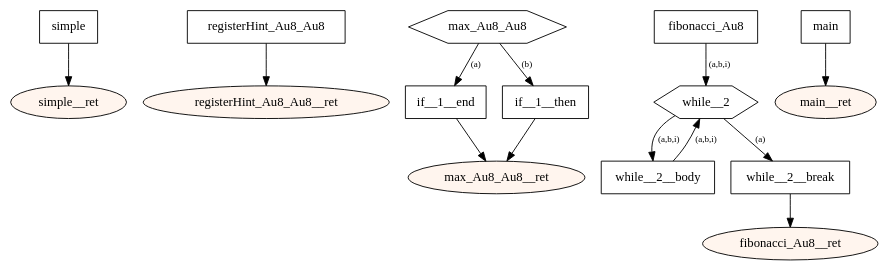
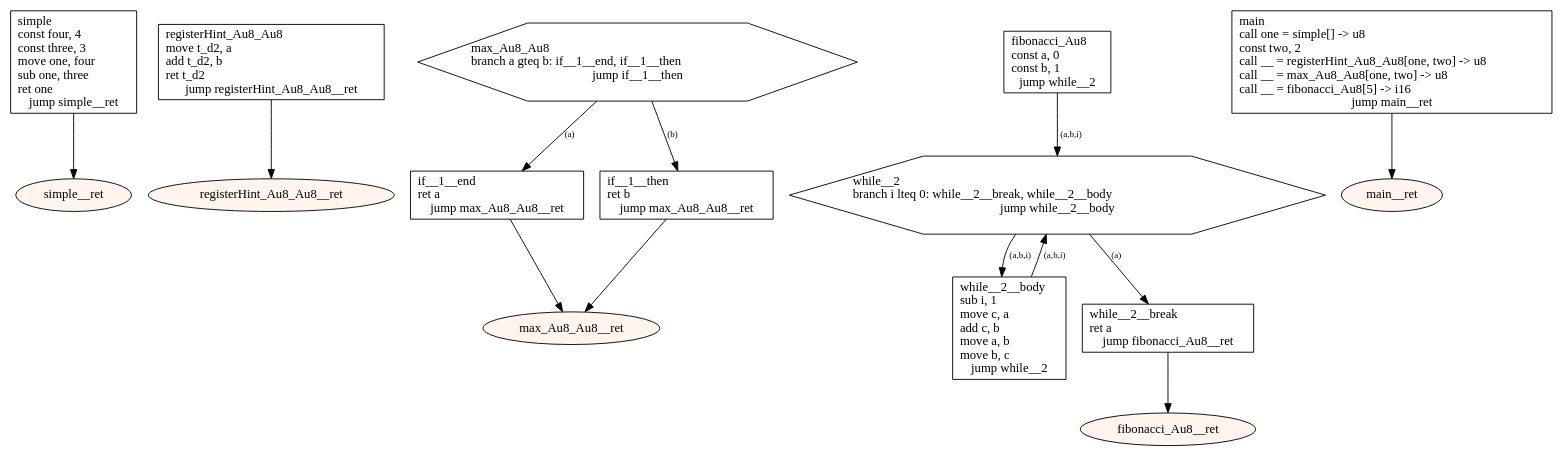
Before and after one commit to tmssngr/tinyC: the diagram in src/main/resources-test/compiler/windows/regalloc.dot, drawn with Graphviz. The commit also changed 23 other files, not shown here.

```diff
--- a/src/main/resources-test/compiler/windows/regalloc.dot
+++ b/src/main/resources-test/compiler/windows/regalloc.dot
@@ -1,40 +1,40 @@
 digraph program {
 	edge[fontsize="10pt"];
 	subgraph fn_simple {
-		BasicBlock_0_simple [label="simple",shape=box];
+		BasicBlock_0_simple [label="simple\lconst four, 4\lconst three, 3\lmove one, four\lsub one, three\lret one\ljump simple__ret",shape=box];
 		BasicBlock_0_simple -> BasicBlock_0_simple__ret;
 		BasicBlock_0_simple__ret [label="simple__ret",shape=oval,style=filled,fillcolor="#fff5ee"];
 	}
 	subgraph fn_registerHint_Au8_Au8 {
-		BasicBlock_1_registerHint_Au8_Au8 [label="registerHint_Au8_Au8",shape=box];
+		BasicBlock_1_registerHint_Au8_Au8 [label="registerHint_Au8_Au8\lmove t_d2, a\ladd t_d2, b\lret t_d2\ljump registerHint_Au8_Au8__ret",shape=box];
 		BasicBlock_1_registerHint_Au8_Au8 -> BasicBlock_1_registerHint_Au8_Au8__ret;
 		BasicBlock_1_registerHint_Au8_Au8__ret [label="registerHint_Au8_Au8__ret",shape=oval,style=filled,fillcolor="#fff5ee"];
 	}
 	subgraph fn_max_Au8_Au8 {
-		BasicBlock_2_max_Au8_Au8 [label="max_Au8_Au8",shape=hexagon];
+		BasicBlock_2_max_Au8_Au8 [label="max_Au8_Au8\lbranch a gteq b: if__1__end, if__1__then\ljump if__1__then",shape=hexagon];
 		BasicBlock_2_max_Au8_Au8 -> BasicBlock_2_if__1__end [label="(a)"];
 		BasicBlock_2_max_Au8_Au8 -> BasicBlock_2_if__1__then [label="(b)"];
-		BasicBlock_2_if__1__end [label="if__1__end",shape=box];
+		BasicBlock_2_if__1__end [label="if__1__end\lret a\ljump max_Au8_Au8__ret",shape=box];
 		BasicBlock_2_if__1__end -> BasicBlock_2_max_Au8_Au8__ret;
-		BasicBlock_2_if__1__then [label="if__1__then",shape=box];
+		BasicBlock_2_if__1__then [label="if__1__then\lret b\ljump max_Au8_Au8__ret",shape=box];
 		BasicBlock_2_if__1__then -> BasicBlock_2_max_Au8_Au8__ret;
 		BasicBlock_2_max_Au8_Au8__ret [label="max_Au8_Au8__ret",shape=oval,style=filled,fillcolor="#fff5ee"];
 	}
 	subgraph fn_fibonacci_Au8 {
-		BasicBlock_3_fibonacci_Au8 [label="fibonacci_Au8",shape=box];
+		BasicBlock_3_fibonacci_Au8 [label="fibonacci_Au8\lconst a, 0\lconst b, 1\ljump while__2",shape=box];
 		BasicBlock_3_fibonacci_Au8 -> BasicBlock_3_while__2 [label="(a,b,i)"];
-		BasicBlock_3_while__2__body [label="while__2__body",shape=box];
+		BasicBlock_3_while__2__body [label="while__2__body\lsub i, 1\lmove c, a\ladd c, b\lmove a, b\lmove b, c\ljump while__2",shape=box];
 		BasicBlock_3_while__2__body -> BasicBlock_3_while__2 [label="(a,b,i)"];
-		BasicBlock_3_while__2 [label="while__2",shape=hexagon];
+		BasicBlock_3_while__2 [label="while__2\lbranch i lteq 0: while__2__break, while__2__body\ljump while__2__body",shape=hexagon];
 		BasicBlock_3_while__2 -> BasicBlock_3_while__2__break [label="(a)"];
 		BasicBlock_3_while__2 -> BasicBlock_3_while__2__body [label="(a,b,i)"];
-		BasicBlock_3_while__2__break [label="while__2__break",shape=box];
+		BasicBlock_3_while__2__break [label="while__2__break\lret a\ljump fibonacci_Au8__ret",shape=box];
 		BasicBlock_3_while__2__break -> BasicBlock_3_fibonacci_Au8__ret;
 		BasicBlock_3_fibonacci_Au8__ret [label="fibonacci_Au8__ret",shape=oval,style=filled,fillcolor="#fff5ee"];
 	}
 	subgraph fn_main {
-		BasicBlock_4_main [label="main",shape=box];
+		BasicBlock_4_main [label="main\lcall one = simple[] -> u8\lconst two, 2\lcall __ = registerHint_Au8_Au8[one, two] -> u8\lcall __ = max_Au8_Au8[one, two] -> u8\lcall __ = fibonacci_Au8[5] -> i16\ljump main__ret",shape=box];
 		BasicBlock_4_main -> BasicBlock_4_main__ret;
 		BasicBlock_4_main__ret [label="main__ret",shape=oval,style=filled,fillcolor="#fff5ee"];
 	}
 }
```
